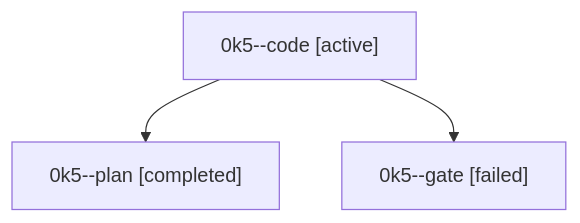
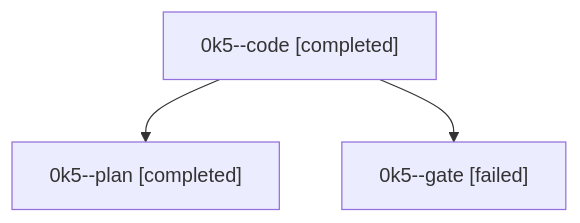
The diagram in families/bbugyi200.athena.0k5.md (bobs-org/bob-cli--agents), drawn with Mermaid before and after one commit. The commit also changed other lines of this file and 44 other files, not shown here.

````diff
--- a/families/bbugyi200.athena.0k5.md
+++ b/families/bbugyi200.athena.0k5.md
@@ -9,8 +9,8 @@
 ```mermaid
 flowchart TD
-  n0["0k5--code [active]"]
+  n0["0k5--code [completed]"]
   n1["0k5--plan [completed]"]
   n0 --> n1
   n2["0k5--gate [failed]"]
   n0 --> n2
 ```
````
